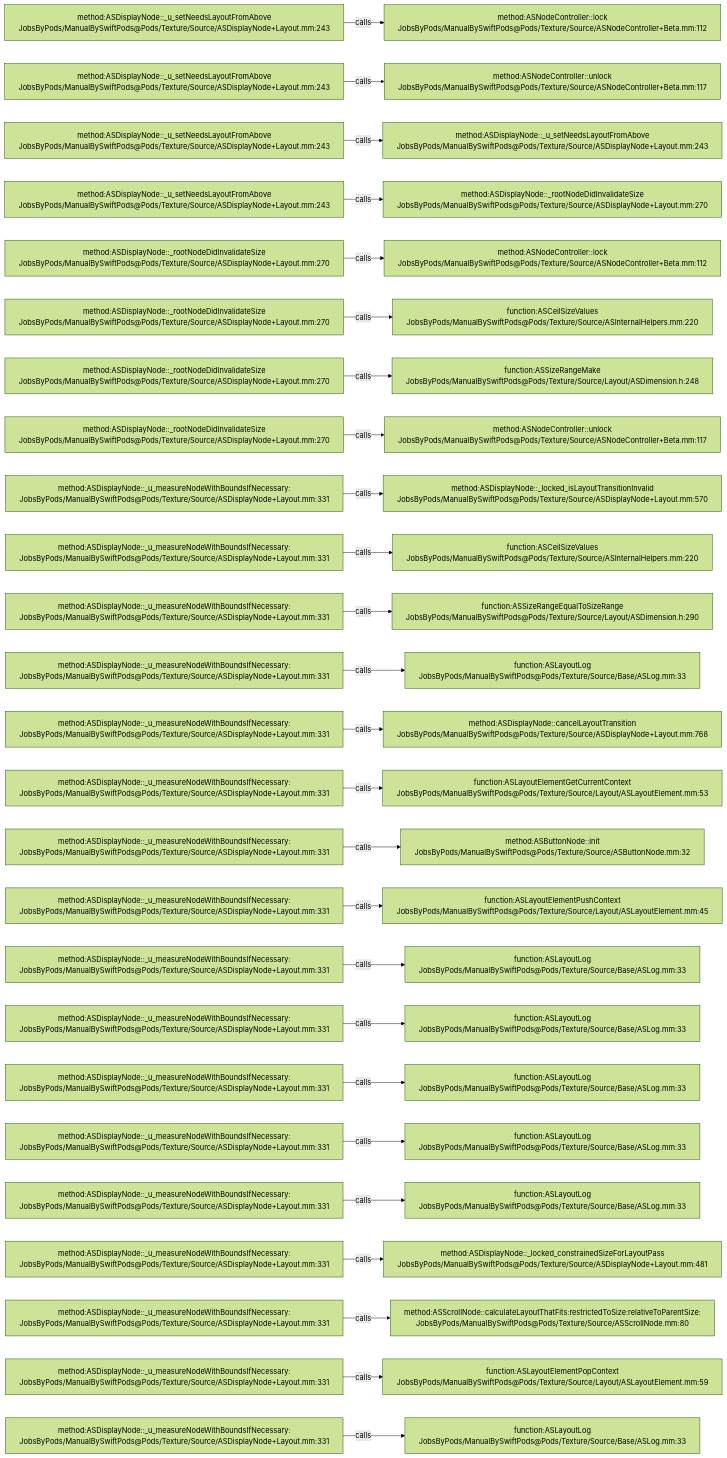
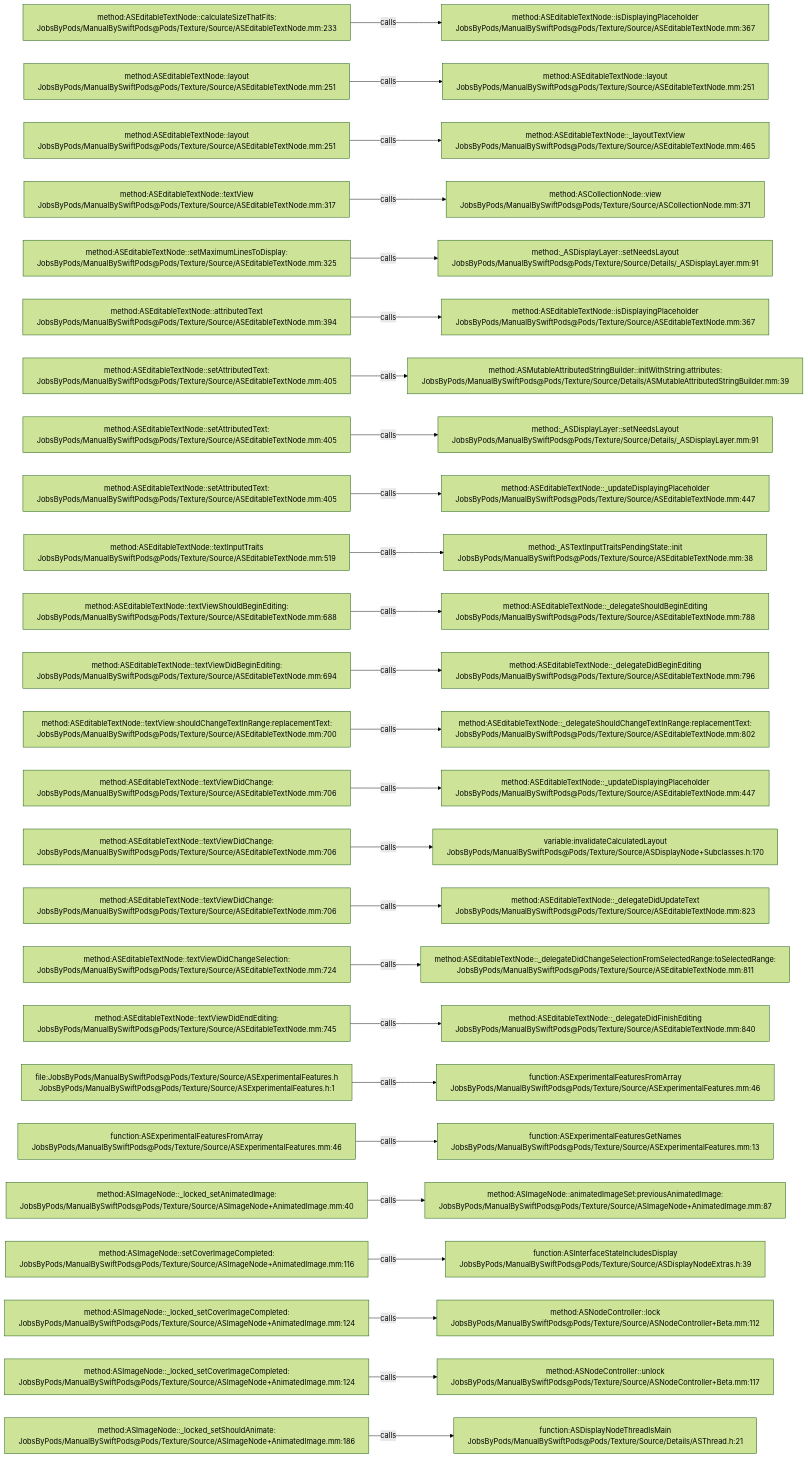
Before and after one commit to JobsKits/JobsSwiftBaseConfigDemo: the diagram in .codegraph/codegraph.md/graphs/calls-040.md, drawn with Mermaid (forest theme). The commit also changed 832 other files, not shown here.

````diff
--- a/.codegraph/codegraph.md/graphs/calls-040.md
+++ b/.codegraph/codegraph.md/graphs/calls-040.md
@@ -13,78 +13,78 @@
 ```mermaid
 flowchart LR
-  S1["method:ASDisplayNode::_u_setNeedsLayoutFromAbove<br/>JobsByPods/ManualBySwiftPods@Pods/Texture/Source/ASDisplayNode+Layout.mm:243"]
-  T1["method:ASNodeController::lock<br/>JobsByPods/ManualBySwiftPods@Pods/Texture/Source/ASNodeController+Beta.mm:112"]
+  S1["method:ASEditableTextNode::calculateSizeThatFits:<br/>JobsByPods/ManualBySwiftPods@Pods/Texture/Source/ASEditableTextNode.mm:233"]
+  T1["method:ASEditableTextNode::isDisplayingPlaceholder<br/>JobsByPods/ManualBySwiftPods@Pods/Texture/Source/ASEditableTextNode.mm:367"]
   S1 -->|calls| T1
-  S2["method:ASDisplayNode::_u_setNeedsLayoutFromAbove<br/>JobsByPods/ManualBySwiftPods@Pods/Texture/Source/ASDisplayNode+Layout.mm:243"]
-  T2["method:ASNodeController::unlock<br/>JobsByPods/ManualBySwiftPods@Pods/Texture/Source/ASNodeController+Beta.mm:117"]
+  S2["method:ASEditableTextNode::layout<br/>JobsByPods/ManualBySwiftPods@Pods/Texture/Source/ASEditableTextNode.mm:251"]
+  T2["method:ASEditableTextNode::layout<br/>JobsByPods/ManualBySwiftPods@Pods/Texture/Source/ASEditableTextNode.mm:251"]
   S2 -->|calls| T2
-  S3["method:ASDisplayNode::_u_setNeedsLayoutFromAbove<br/>JobsByPods/ManualBySwiftPods@Pods/Texture/Source/ASDisplayNode+Layout.mm:243"]
-  T3["method:ASDisplayNode::_u_setNeedsLayoutFromAbove<br/>JobsByPods/ManualBySwiftPods@Pods/Texture/Source/ASDisplayNode+Layout.mm:243"]
+  S3["method:ASEditableTextNode::layout<br/>JobsByPods/ManualBySwiftPods@Pods/Texture/Source/ASEditableTextNode.mm:251"]
+  T3["method:ASEditableTextNode::_layoutTextView<br/>JobsByPods/ManualBySwiftPods@Pods/Texture/Source/ASEditableTextNode.mm:465"]
   S3 -->|calls| T3
-  S4["method:ASDisplayNode::_u_setNeedsLayoutFromAbove<br/>JobsByPods/ManualBySwiftPods@Pods/Texture/Source/ASDisplayNode+Layout.mm:243"]
-  T4["method:ASDisplayNode::_rootNodeDidInvalidateSize<br/>JobsByPods/ManualBySwiftPods@Pods/Texture/Source/ASDisplayNode+Layout.mm:270"]
+  S4["method:ASEditableTextNode::textView<br/>JobsByPods/ManualBySwiftPods@Pods/Texture/Source/ASEditableTextNode.mm:317"]
+  T4["method:ASCollectionNode::view<br/>JobsByPods/ManualBySwiftPods@Pods/Texture/Source/ASCollectionNode.mm:371"]
   S4 -->|calls| T4
-  S5["method:ASDisplayNode::_rootNodeDidInvalidateSize<br/>JobsByPods/ManualBySwiftPods@Pods/Texture/Source/ASDisplayNode+Layout.mm:270"]
-  T5["method:ASNodeController::lock<br/>JobsByPods/ManualBySwiftPods@Pods/Texture/Source/ASNodeController+Beta.mm:112"]
+  S5["method:ASEditableTextNode::setMaximumLinesToDisplay:<br/>JobsByPods/ManualBySwiftPods@Pods/Texture/Source/ASEditableTextNode.mm:325"]
+  T5["method:_ASDisplayLayer::setNeedsLayout<br/>JobsByPods/ManualBySwiftPods@Pods/Texture/Source/Details/_ASDisplayLayer.mm:91"]
   S5 -->|calls| T5
-  S6["method:ASDisplayNode::_rootNodeDidInvalidateSize<br/>JobsByPods/ManualBySwiftPods@Pods/Texture/Source/ASDisplayNode+Layout.mm:270"]
-  T6["function:ASCeilSizeValues<br/>JobsByPods/ManualBySwiftPods@Pods/Texture/Source/ASInternalHelpers.mm:220"]
+  S6["method:ASEditableTextNode::attributedText<br/>JobsByPods/ManualBySwiftPods@Pods/Texture/Source/ASEditableTextNode.mm:394"]
+  T6["method:ASEditableTextNode::isDisplayingPlaceholder<br/>JobsByPods/ManualBySwiftPods@Pods/Texture/Source/ASEditableTextNode.mm:367"]
   S6 -->|calls| T6
-  S7["method:ASDisplayNode::_rootNodeDidInvalidateSize<br/>JobsByPods/ManualBySwiftPods@Pods/Texture/Source/ASDisplayNode+Layout.mm:270"]
-  T7["function:ASSizeRangeMake<br/>JobsByPods/ManualBySwiftPods@Pods/Texture/Source/Layout/ASDimension.h:248"]
+  S7["method:ASEditableTextNode::setAttributedText:<br/>JobsByPods/ManualBySwiftPods@Pods/Texture/Source/ASEditableTextNode.mm:405"]
+  T7["method:ASMutableAttributedStringBuilder::initWithString:attributes:<br/>JobsByPods/ManualBySwiftPods@Pods/Texture/Source/Details/ASMutableAttributedStringBuilder.mm:39"]
   S7 -->|calls| T7
-  S8["method:ASDisplayNode::_rootNodeDidInvalidateSize<br/>JobsByPods/ManualBySwiftPods@Pods/Texture/Source/ASDisplayNode+Layout.mm:270"]
-  T8["method:ASNodeController::unlock<br/>JobsByPods/ManualBySwiftPods@Pods/Texture/Source/ASNodeController+Beta.mm:117"]
+  S8["method:ASEditableTextNode::setAttributedText:<br/>JobsByPods/ManualBySwiftPods@Pods/Texture/Source/ASEditableTextNode.mm:405"]
+  T8["method:_ASDisplayLayer::setNeedsLayout<br/>JobsByPods/ManualBySwiftPods@Pods/Texture/Source/Details/_ASDisplayLayer.mm:91"]
   S8 -->|calls| T8
-  S9["method:ASDisplayNode::_u_measureNodeWithBoundsIfNecessary:<br/>JobsByPods/ManualBySwiftPods@Pods/Texture/Source/ASDisplayNode+Layout.mm:331"]
-  T9["method:ASDisplayNode::_locked_isLayoutTransitionInvalid<br/>JobsByPods/ManualBySwiftPods@Pods/Texture/Source/ASDisplayNode+Layout.mm:570"]
+  S9["method:ASEditableTextNode::setAttributedText:<br/>JobsByPods/ManualBySwiftPods@Pods/Texture/Source/ASEditableTextNode.mm:405"]
+  T9["method:ASEditableTextNode::_updateDisplayingPlaceholder<br/>JobsByPods/ManualBySwiftPods@Pods/Texture/Source/ASEditableTextNode.mm:447"]
   S9 -->|calls| T9
-  S10["method:ASDisplayNode::_u_measureNodeWithBoundsIfNecessary:<br/>JobsByPods/ManualBySwiftPods@Pods/Texture/Source/ASDisplayNode+Layout.mm:331"]
-  T10["function:ASCeilSizeValues<br/>JobsByPods/ManualBySwiftPods@Pods/Texture/Source/ASInternalHelpers.mm:220"]
+  S10["method:ASEditableTextNode::textInputTraits<br/>JobsByPods/ManualBySwiftPods@Pods/Texture/Source/ASEditableTextNode.mm:519"]
+  T10["method:_ASTextInputTraitsPendingState::init<br/>JobsByPods/ManualBySwiftPods@Pods/Texture/Source/ASEditableTextNode.mm:38"]
   S10 -->|calls| T10
-  S11["method:ASDisplayNode::_u_measureNodeWithBoundsIfNecessary:<br/>JobsByPods/ManualBySwiftPods@Pods/Texture/Source/ASDisplayNode+Layout.mm:331"]
-  T11["function:ASSizeRangeEqualToSizeRange<br/>JobsByPods/ManualBySwiftPods@Pods/Texture/Source/Layout/ASDimension.h:290"]
+  S11["method:ASEditableTextNode::textViewShouldBeginEditing:<br/>JobsByPods/ManualBySwiftPods@Pods/Texture/Source/ASEditableTextNode.mm:688"]
+  T11["method:ASEditableTextNode::_delegateShouldBeginEditing<br/>JobsByPods/ManualBySwiftPods@Pods/Texture/Source/ASEditableTextNode.mm:788"]
   S11 -->|calls| T11
-  S12["method:ASDisplayNode::_u_measureNodeWithBoundsIfNecessary:<br/>JobsByPods/ManualBySwiftPods@Pods/Texture/Source/ASDisplayNode+Layout.mm:331"]
-  T12["function:ASLayoutLog<br/>JobsByPods/ManualBySwiftPods@Pods/Texture/Source/Base/ASLog.mm:33"]
+  S12["method:ASEditableTextNode::textViewDidBeginEditing:<br/>JobsByPods/ManualBySwiftPods@Pods/Texture/Source/ASEditableTextNode.mm:694"]
+  T12["method:ASEditableTextNode::_delegateDidBeginEditing<br/>JobsByPods/ManualBySwiftPods@Pods/Texture/Source/ASEditableTextNode.mm:796"]
   S12 -->|calls| T12
-  S13["method:ASDisplayNode::_u_measureNodeWithBoundsIfNecessary:<br/>JobsByPods/ManualBySwiftPods@Pods/Texture/Source/ASDisplayNode+Layout.mm:331"]
-  T13["method:ASDisplayNode::cancelLayoutTransition<br/>JobsByPods/ManualBySwiftPods@Pods/Texture/Source/ASDisplayNode+Layout.mm:768"]
+  S13["method:ASEditableTextNode::textView:shouldChangeTextInRange:replacementText:<br/>JobsByPods/ManualBySwiftPods@Pods/Texture/Source/ASEditableTextNode.mm:700"]
+  T13["method:ASEditableTextNode::_delegateShouldChangeTextInRange:replacementText:<br/>JobsByPods/ManualBySwiftPods@Pods/Texture/Source/ASEditableTextNode.mm:802"]
   S13 -->|calls| T13
-  S14["method:ASDisplayNode::_u_measureNodeWithBoundsIfNecessary:<br/>JobsByPods/ManualBySwiftPods@Pods/Texture/Source/ASDisplayNode+Layout.mm:331"]
-  T14["function:ASLayoutElementGetCurrentContext<br/>JobsByPods/ManualBySwiftPods@Pods/Texture/Source/Layout/ASLayoutElement.mm:53"]
+  S14["method:ASEditableTextNode::textViewDidChange:<br/>JobsByPods/ManualBySwiftPods@Pods/Texture/Source/ASEditableTextNode.mm:706"]
+  T14["method:ASEditableTextNode::_updateDisplayingPlaceholder<br/>JobsByPods/ManualBySwiftPods@Pods/Texture/Source/ASEditableTextNode.mm:447"]
   S14 -->|calls| T14
-  S15["method:ASDisplayNode::_u_measureNodeWithBoundsIfNecessary:<br/>JobsByPods/ManualBySwiftPods@Pods/Texture/Source/ASDisplayNode+Layout.mm:331"]
-  T15["method:ASButtonNode::init<br/>JobsByPods/ManualBySwiftPods@Pods/Texture/Source/ASButtonNode.mm:32"]
+  S15["method:ASEditableTextNode::textViewDidChange:<br/>JobsByPods/ManualBySwiftPods@Pods/Texture/Source/ASEditableTextNode.mm:706"]
+  T15["variable:invalidateCalculatedLayout<br/>JobsByPods/ManualBySwiftPods@Pods/Texture/Source/ASDisplayNode+Subclasses.h:170"]
   S15 -->|calls| T15
-  S16["method:ASDisplayNode::_u_measureNodeWithBoundsIfNecessary:<br/>JobsByPods/ManualBySwiftPods@Pods/Texture/Source/ASDisplayNode+Layout.mm:331"]
-  T16["function:ASLayoutElementPushContext<br/>JobsByPods/ManualBySwiftPods@Pods/Texture/Source/Layout/ASLayoutElement.mm:45"]
+  S16["method:ASEditableTextNode::textViewDidChange:<br/>JobsByPods/ManualBySwiftPods@Pods/Texture/Source/ASEditableTextNode.mm:706"]
+  T16["method:ASEditableTextNode::_delegateDidUpdateText<br/>JobsByPods/ManualBySwiftPods@Pods/Texture/Source/ASEditableTextNode.mm:823"]
   S16 -->|calls| T16
-  S17["method:ASDisplayNode::_u_measureNodeWithBoundsIfNecessary:<br/>JobsByPods/ManualBySwiftPods@Pods/Texture/Source/ASDisplayNode+Layout.mm:331"]
-  T17["function:ASLayoutLog<br/>JobsByPods/ManualBySwiftPods@Pods/Texture/Source/Base/ASLog.mm:33"]
+  S17["method:ASEditableTextNode::textViewDidChangeSelection:<br/>JobsByPods/ManualBySwiftPods@Pods/Texture/Source/ASEditableTextNode.mm:724"]
+  T17["method:ASEditableTextNode::_delegateDidChangeSelectionFromSelectedRange:toSelectedRange:<br/>JobsByPods/ManualBySwiftPods@Pods/Texture/Source/ASEditableTextNode.mm:811"]
   S17 -->|calls| T17
-  S18["method:ASDisplayNode::_u_measureNodeWithBoundsIfNecessary:<br/>JobsByPods/ManualBySwiftPods@Pods/Texture/Source/ASDisplayNode+Layout.mm:331"]
-  T18["function:ASLayoutLog<br/>JobsByPods/ManualBySwiftPods@Pods/Texture/Source/Base/ASLog.mm:33"]
+  S18["method:ASEditableTextNode::textViewDidEndEditing:<br/>JobsByPods/ManualBySwiftPods@Pods/Texture/Source/ASEditableTextNode.mm:745"]
+  T18["method:ASEditableTextNode::_delegateDidFinishEditing<br/>JobsByPods/ManualBySwiftPods@Pods/Texture/Source/ASEditableTextNode.mm:840"]
   S18 -->|calls| T18
-  S19["method:ASDisplayNode::_u_measureNodeWithBoundsIfNecessary:<br/>JobsByPods/ManualBySwiftPods@Pods/Texture/Source/ASDisplayNode+Layout.mm:331"]
-  T19["function:ASLayoutLog<br/>JobsByPods/ManualBySwiftPods@Pods/Texture/Source/Base/ASLog.mm:33"]
+  S19["file:JobsByPods/ManualBySwiftPods@Pods/Texture/Source/ASExperimentalFeatures.h<br/>JobsByPods/ManualBySwiftPods@Pods/Texture/Source/ASExperimentalFeatures.h:1"]
+  T19["function:ASExperimentalFeaturesFromArray<br/>JobsByPods/ManualBySwiftPods@Pods/Texture/Source/ASExperimentalFeatures.mm:46"]
   S19 -->|calls| T19
-  S20["method:ASDisplayNode::_u_measureNodeWithBoundsIfNecessary:<br/>JobsByPods/ManualBySwiftPods@Pods/Texture/Source/ASDisplayNode+Layout.mm:331"]
-  T20["function:ASLayoutLog<br/>JobsByPods/ManualBySwiftPods@Pods/Texture/Source/Base/ASLog.mm:33"]
+  S20["function:ASExperimentalFeaturesFromArray<br/>JobsByPods/ManualBySwiftPods@Pods/Texture/Source/ASExperimentalFeatures.mm:46"]
+  T20["function:ASExperimentalFeaturesGetNames<br/>JobsByPods/ManualBySwiftPods@Pods/Texture/Source/ASExperimentalFeatures.mm:13"]
   S20 -->|calls| T20
-  S21["method:ASDisplayNode::_u_measureNodeWithBoundsIfNecessary:<br/>JobsByPods/ManualBySwiftPods@Pods/Texture/Source/ASDisplayNode+Layout.mm:331"]
-  T21["function:ASLayoutLog<br/>JobsByPods/ManualBySwiftPods@Pods/Texture/Source/Base/ASLog.mm:33"]
+  S21["method:ASImageNode::_locked_setAnimatedImage:<br/>JobsByPods/ManualBySwiftPods@Pods/Texture/Source/ASImageNode+AnimatedImage.mm:40"]
+  T21["method:ASImageNode::animatedImageSet:previousAnimatedImage:<br/>JobsByPods/ManualBySwiftPods@Pods/Texture/Source/ASImageNode+AnimatedImage.mm:87"]
   S21 -->|calls| T21
-  S22["method:ASDisplayNode::_u_measureNodeWithBoundsIfNecessary:<br/>JobsByPods/ManualBySwiftPods@Pods/Texture/Source/ASDisplayNode+Layout.mm:331"]
-  T22["method:ASDisplayNode::_locked_constrainedSizeForLayoutPass<br/>JobsByPods/ManualBySwiftPods@Pods/Texture/Source/ASDisplayNode+Layout.mm:481"]
+  S22["method:ASImageNode::setCoverImageCompleted:<br/>JobsByPods/ManualBySwiftPods@Pods/Texture/Source/ASImageNode+AnimatedImage.mm:116"]
+  T22["function:ASInterfaceStateIncludesDisplay<br/>JobsByPods/ManualBySwiftPods@Pods/Texture/Source/ASDisplayNodeExtras.h:39"]
   S22 -->|calls| T22
-  S23["method:ASDisplayNode::_u_measureNodeWithBoundsIfNecessary:<br/>JobsByPods/ManualBySwiftPods@Pods/Texture/Source/ASDisplayNode+Layout.mm:331"]
-  T23["method:ASScrollNode::calculateLayoutThatFits:restrictedToSize:relativeToParentSize:<br/>JobsByPods/ManualBySwiftPods@Pods/Texture/Source/ASScrollNode.mm:80"]
+  S23["method:ASImageNode::_locked_setCoverImageCompleted:<br/>JobsByPods/ManualBySwiftPods@Pods/Texture/Source/ASImageNode+AnimatedImage.mm:124"]
+  T23["method:ASNodeController::lock<br/>JobsByPods/ManualBySwiftPods@Pods/Texture/Source/ASNodeController+Beta.mm:112"]
   S23 -->|calls| T23
-  S24["method:ASDisplayNode::_u_measureNodeWithBoundsIfNecessary:<br/>JobsByPods/ManualBySwiftPods@Pods/Texture/Source/ASDisplayNode+Layout.mm:331"]
-  T24["function:ASLayoutElementPopContext<br/>JobsByPods/ManualBySwiftPods@Pods/Texture/Source/Layout/ASLayoutElement.mm:59"]
+  S24["method:ASImageNode::_locked_setCoverImageCompleted:<br/>JobsByPods/ManualBySwiftPods@Pods/Texture/Source/ASImageNode+AnimatedImage.mm:124"]
+  T24["method:ASNodeController::unlock<br/>JobsByPods/ManualBySwiftPods@Pods/Texture/Source/ASNodeController+Beta.mm:117"]
   S24 -->|calls| T24
-  S25["method:ASDisplayNode::_u_measureNodeWithBoundsIfNecessary:<br/>JobsByPods/ManualBySwiftPods@Pods/Texture/Source/ASDisplayNode+Layout.mm:331"]
-  T25["function:ASLayoutLog<br/>JobsByPods/ManualBySwiftPods@Pods/Texture/Source/Base/ASLog.mm:33"]
+  S25["method:ASImageNode::_locked_setShouldAnimate:<br/>JobsByPods/ManualBySwiftPods@Pods/Texture/Source/ASImageNode+AnimatedImage.mm:186"]
+  T25["function:ASDisplayNodeThreadIsMain<br/>JobsByPods/ManualBySwiftPods@Pods/Texture/Source/Details/ASThread.h:21"]
   S25 -->|calls| T25
 ```
````
